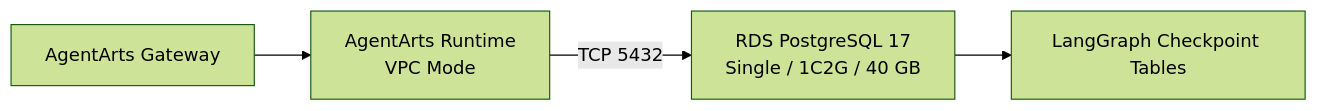
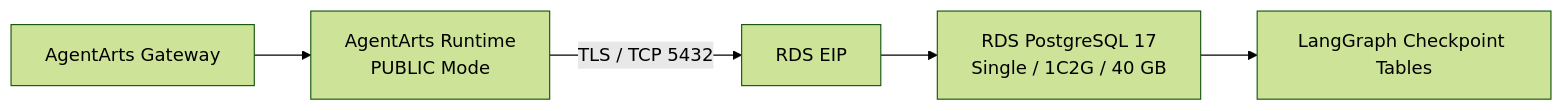
The diagram in personal-assistant-meta/issues/features/feature-1.2-database-setup/plan.md (T-1009/personal-assistant), drawn with Mermaid (forest theme) before and after one commit. The commit also changed other lines of this file and 9 other files, not shown here.

Commit message:
feat(infra): expose demo RDS through EIP

````diff
--- a/personal-assistant-meta/issues/features/feature-1.2-database-setup/plan.md
+++ b/personal-assistant-meta/issues/features/feature-1.2-database-setup/plan.md
@@ -11,6 +12,7 @@
 ```mermaid
 flowchart LR
-    Gateway["AgentArts Gateway"] --> Runtime["AgentArts Runtime<br/>VPC Mode"]
-    Runtime -->|"TCP 5432"| RDS["RDS PostgreSQL 17<br/>Single / 1C2G / 40 GB"]
+    Gateway["AgentArts Gateway"] --> Runtime["AgentArts Runtime<br/>PUBLIC Mode"]
+    Runtime -->|"TLS / TCP 5432"| EIP["RDS EIP"]
+    EIP --> RDS["RDS PostgreSQL 17<br/>Single / 1C2G / 40 GB"]
     RDS --> CP["LangGraph Checkpoint Tables"]
 ```
````
